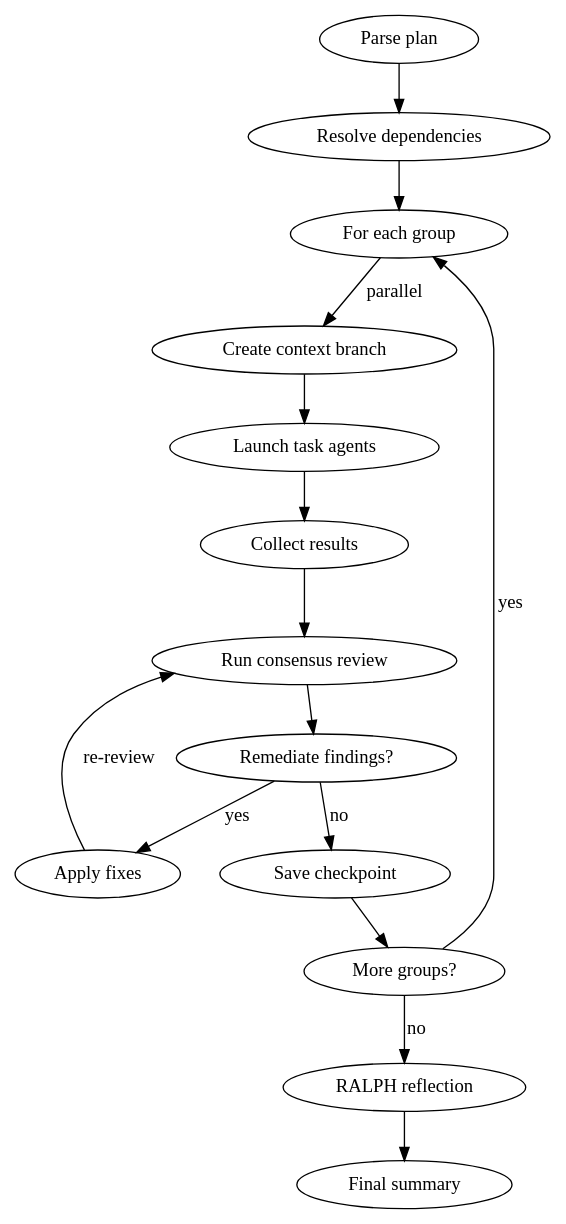
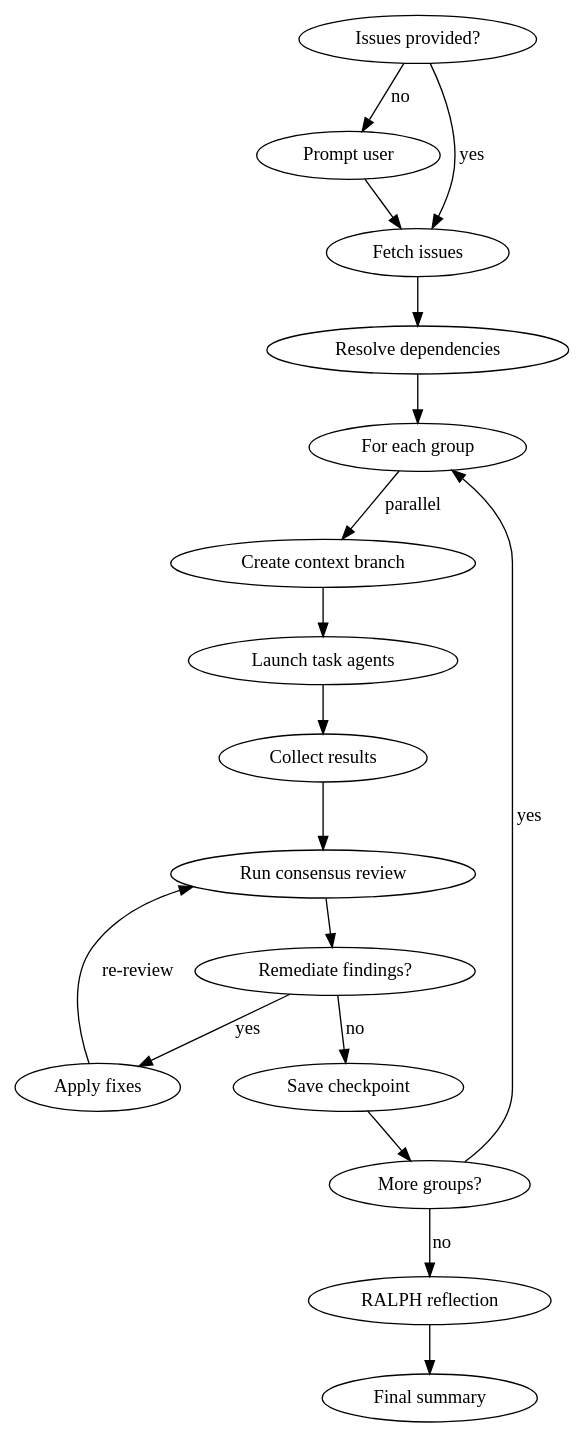
The diagram in plugins/contextd/skills/orchestration/SKILL.md (fyrsmithlabs/marketplace), drawn with Graphviz before and after one commit. The commit also changed other lines of this file and 1 other file, not shown here.

First line of the commit message:
feat: issue-driven orchestration with AskUserQuestion prompt

````diff
--- a/plugins/contextd/skills/orchestration/SKILL.md
+++ b/plugins/contextd/skills/orchestration/SKILL.md
@@ -12,18 +12,21 @@
 ```dot
 digraph orchestration {
-    "Parse plan" -> "Resolve dependencies";
+    "Issues provided?" -> "Prompt user" [label="no"];
+    "Issues provided?" -> "Fetch issues" [label="yes"];
+    "Prompt user" -> "Fetch issues";
+    "Fetch issues" -> "Resolve dependencies";
     "Resolve dependencies" -> "For each group";
     "For each group" -> "Create context branch" [label="parallel"];
     "Create context branch" -> "Launch task agents";
     "Launch task agents" -> "Collect results";
     "Collect results" -> "Run consensus review";
     "Run consensus review" -> "Remediate findings?" [shape=diamond];
     "Remediate findings?" -> "Apply fixes" [label="yes"];
     "Remediate findings?" -> "Save checkpoint" [label="no"];
     "Apply fixes" -> "Run consensus review" [label="re-review"];
     "Save checkpoint" -> "More groups?" [shape=diamond];
     "More groups?" -> "For each group" [label="yes"];
     "More groups?" -> "RALPH reflection" [label="no"];
     "RALPH reflection" -> "Final summary";
 }
 ```
````
